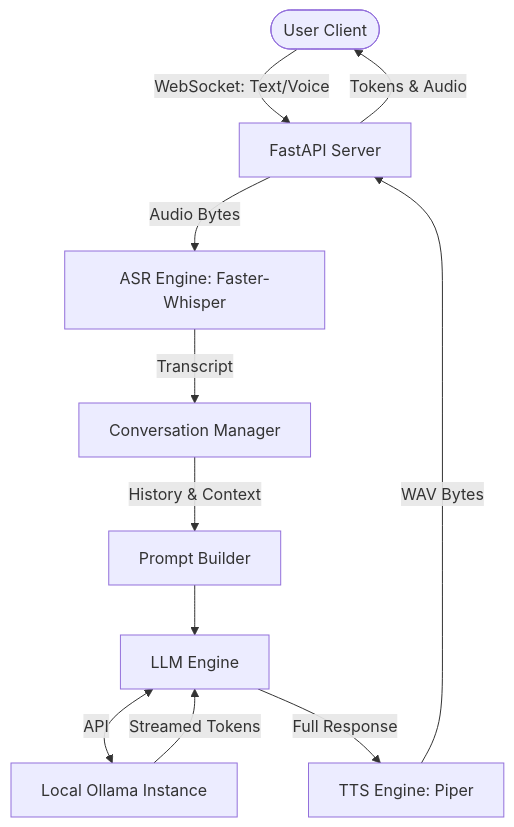
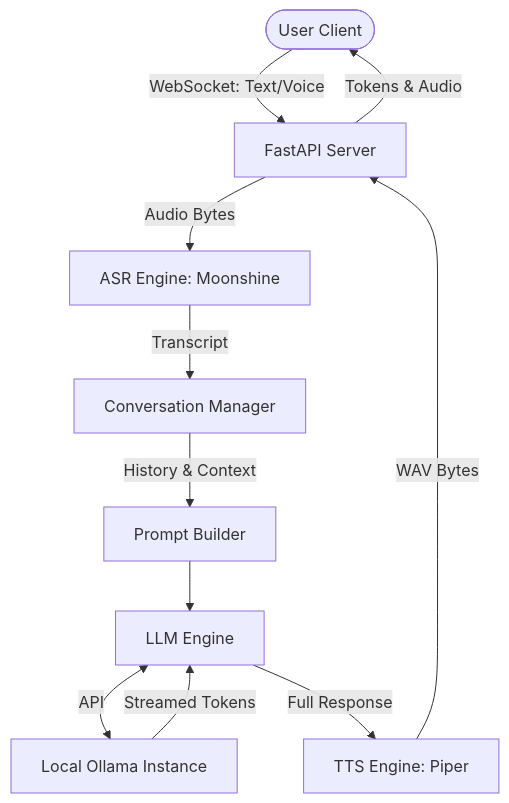
Before and after one commit to sudoHasaan/Chocomi: the diagram in README.md, drawn with Mermaid. The commit also changed other lines of this file, not shown here.

````diff
--- a/README.md
+++ b/README.md
@@ -9,13 +9,13 @@
 ```mermaid
 graph TD
     User([User Client]) -->|WebSocket: Text/Voice| API[FastAPI Server]
-    API -->|Audio Bytes| ASR[ASR Engine: Faster-Whisper]
+    API -->|Audio Bytes| ASR[ASR Engine: Moonshine]
     ASR -->|Transcript| CM[Conversation Manager]
     CM -->|History & Context| Prompt[Prompt Builder]
     Prompt --> Engine[LLM Engine]
     Engine <-->|API| Ollama[Local Ollama Instance]
     Ollama -->|Streamed Tokens| Engine
     Engine -->|Full Response| TTS[TTS Engine: Piper]
     TTS -->|WAV Bytes| API
     API -->|Tokens & Audio| User
 ```
````
